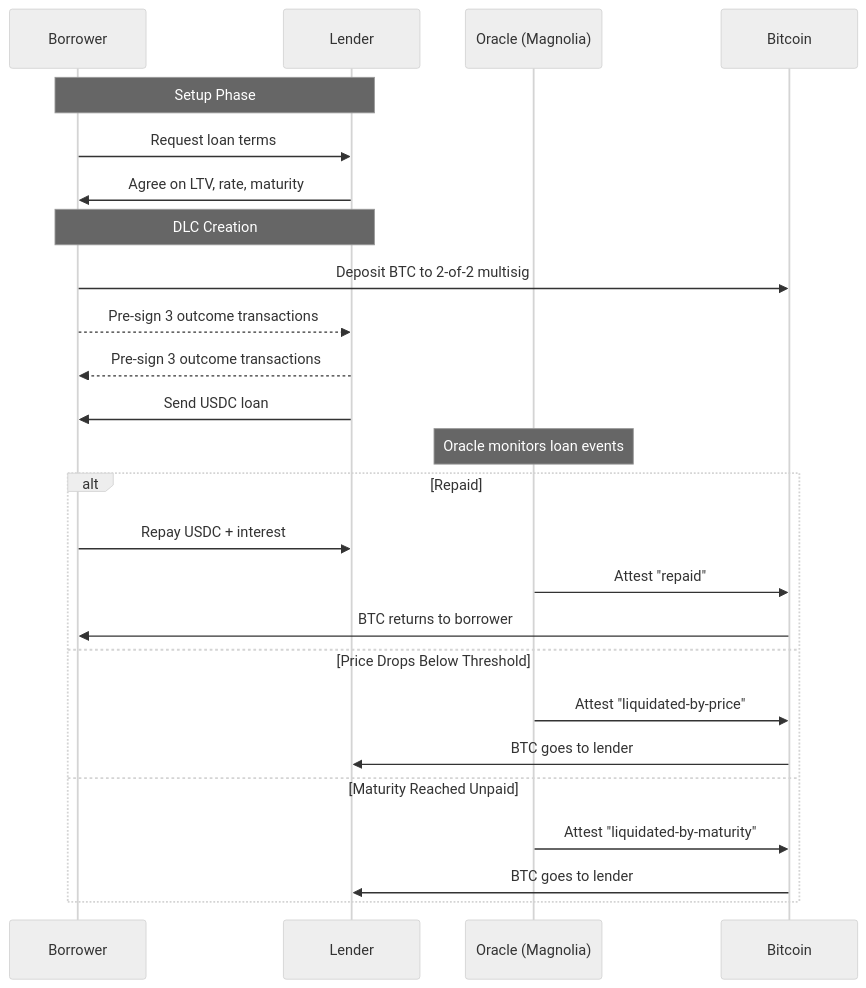
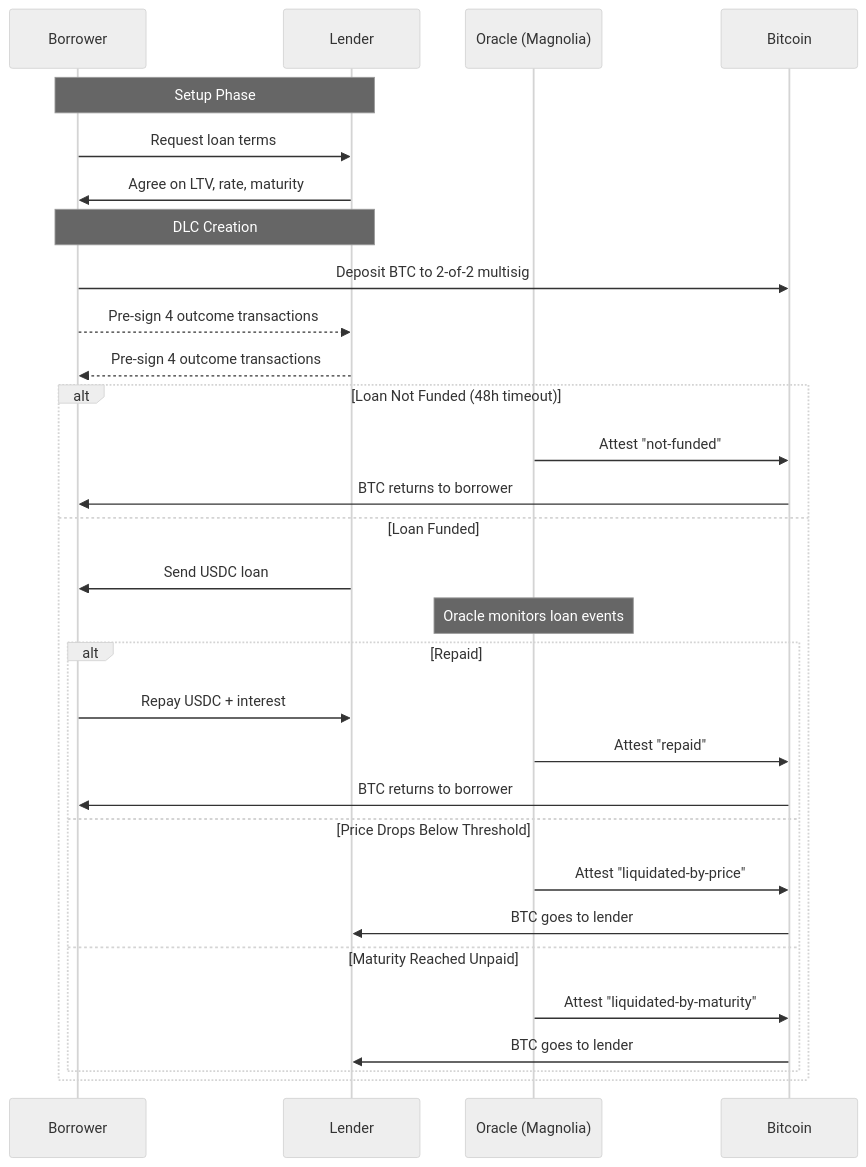
The third of 7 diagrams in _posts/2025-02-10-lygos-finance-dlc-lending-simplified-enumerated-outcomes.md (matthewjablack/mblack.io), drawn with Mermaid (neutral theme) before and after one commit. The commit also changed other lines of this file, not shown here.

````diff
--- a/_posts/2025-02-10-lygos-finance-dlc-lending-simplified-enumerated-outcomes.md
+++ b/_posts/2025-02-10-lygos-finance-dlc-lending-simplified-enumerated-outcomes.md
@@ -80,31 +83,35 @@
 ```mermaid
 sequenceDiagram
     participant B as Borrower
     participant L as Lender
     participant O as Oracle (Magnolia)
     participant BC as Bitcoin
 
     Note over B,L: Setup Phase
     B->>L: Request loan terms
     L->>B: Agree on LTV, rate, maturity
 
     Note over B,L: DLC Creation
     B->>BC: Deposit BTC to 2-of-2 multisig
-    B-->>L: Pre-sign 3 outcome transactions
-    L-->>B: Pre-sign 3 outcome transactions
-    L->>B: Send USDC loan
+    B-->>L: Pre-sign 4 outcome transactions
+    L-->>B: Pre-sign 4 outcome transactions
 
-    Note over O: Oracle monitors loan events
-
-    alt Repaid
-        B->>L: Repay USDC + interest
-        O->>BC: Attest "repaid"
+    alt Loan Not Funded (48h timeout)
+        O->>BC: Attest "not-funded"
         BC->>B: BTC returns to borrower
-    else Price Drops Below Threshold
-        O->>BC: Attest "liquidated-by-price"
-        BC->>L: BTC goes to lender
-    else Maturity Reached Unpaid
-        O->>BC: Attest "liquidated-by-maturity"
-        BC->>L: BTC goes to lender
+    else Loan Funded
+        L->>B: Send USDC loan
+        Note over O: Oracle monitors loan events
+        alt Repaid
+            B->>L: Repay USDC + interest
+            O->>BC: Attest "repaid"
+            BC->>B: BTC returns to borrower
+        else Price Drops Below Threshold
+            O->>BC: Attest "liquidated-by-price"
+            BC->>L: BTC goes to lender
+        else Maturity Reached Unpaid
+            O->>BC: Attest "liquidated-by-maturity"
+            BC->>L: BTC goes to lender
+        end
     end
 ```
````
